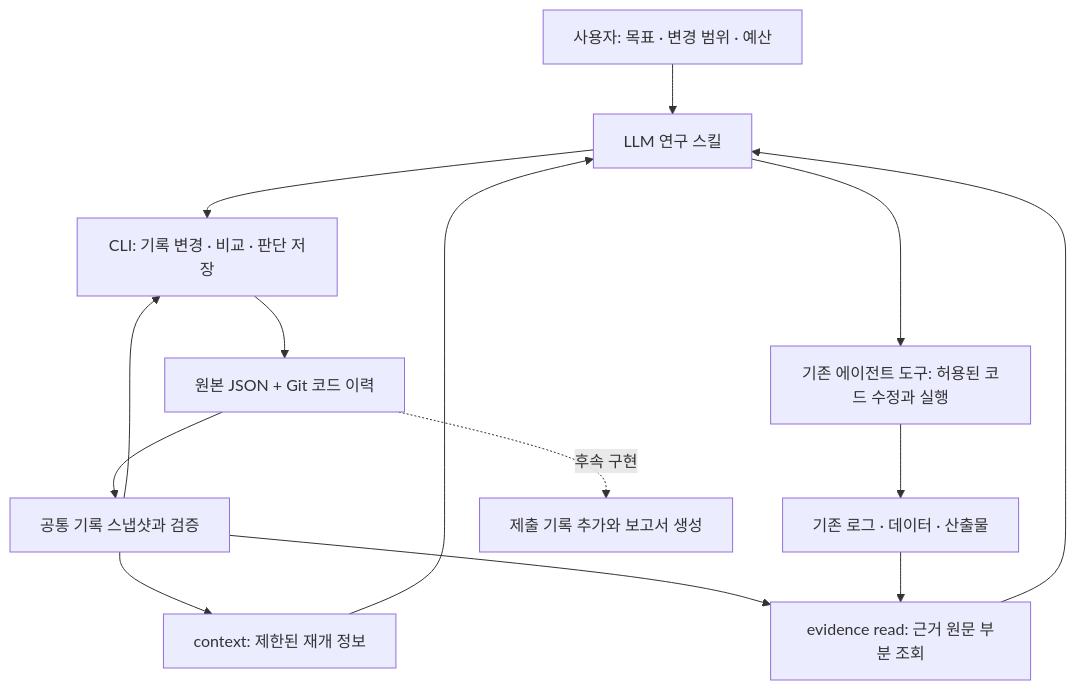
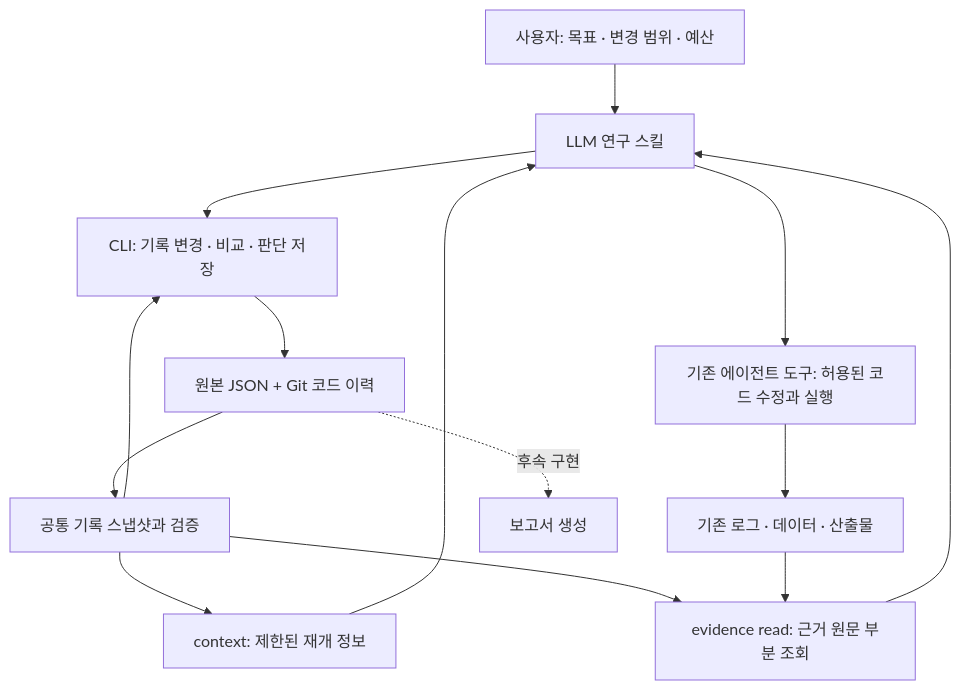
One commit to ziholee/zihoAutoResearch changed the diagram in README.md. Above: the diagram before and after it, drawn with Mermaid. The commit also changed other lines of this file and 11 other files, not shown here.

````diff
--- a/README.md
+++ b/README.md
@@ -17,16 +17,16 @@
 ```mermaid
 flowchart TD
     U[사용자: 목표 · 변경 범위 · 예산] --> S[LLM 연구 스킬]
     S --> C[CLI: 기록 변경 · 비교 · 판단 저장]
     C --> J[원본 JSON + Git 코드 이력]
     J --> R[공통 기록 스냅샷과 검증]
     R --> C
     R --> Q[context: 제한된 재개 정보]
     Q --> S
     R --> E[evidence read: 근거 원문 부분 조회]
     L[기존 로그 · 데이터 · 산출물] --> E
     E --> S
     S --> X[기존 에이전트 도구: 허용된 코드 수정과 실행]
     X --> L
-    J -. 후속 구현 .-> P[제출 기록 추가와 보고서 생성]
+    J -. 후속 구현 .-> P[보고서 생성]
 ```
````
